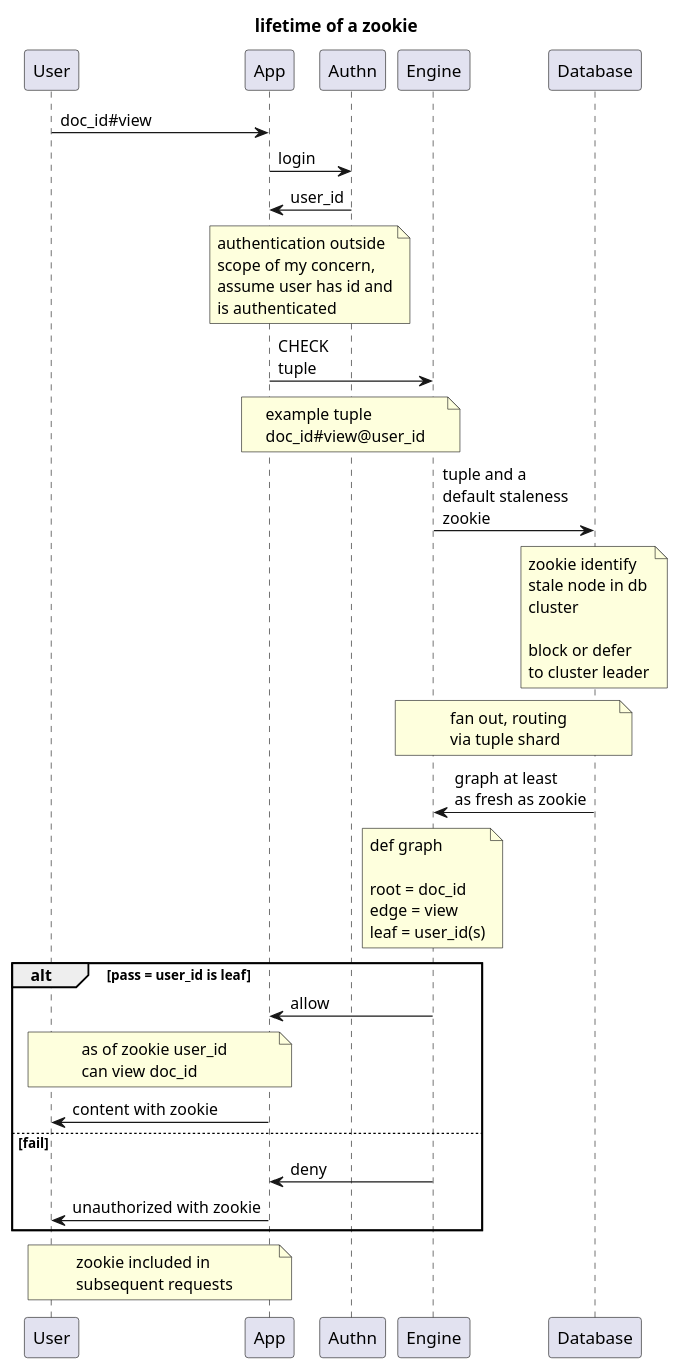
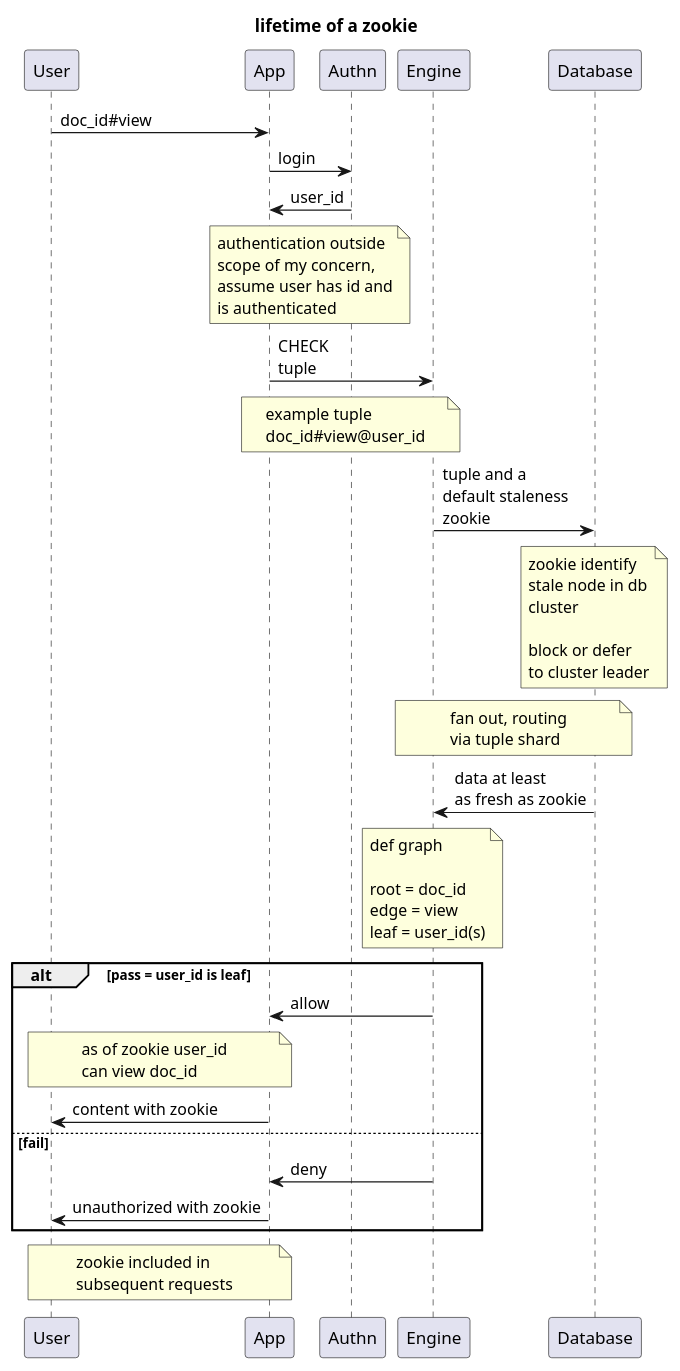
Before and after one commit to Isaac799/tupleauth: the diagram in doc/uml/zookie_lifetime.plantuml, drawn with PlantUML. The commit also changed 5 other files, not shown here.

First line of the commit message:
add(doc): architecture

```diff
--- a/doc/uml/zookie_lifetime.plantuml
+++ b/doc/uml/zookie_lifetime.plantuml
@@ -1,72 +1,72 @@
 @startuml
 
 title
 lifetime of a zookie
 end title
 
 User -> App : doc_id#view
 
 App -> Authn : login
 Authn -> App : user_id
 
 note over App, Authn
 authentication outside
 scope of my concern,
 assume user has id and
 is authenticated
 end note
 
 App -> Engine : CHECK\ntuple
 
 note over App, Engine
 example tuple
 doc_id#view@user_id
 end note
 
 Engine -> Database : tuple and a \ndefault staleness \nzookie
 
 note over Database
 zookie identify
 stale node in db
 cluster
 
 block or defer
 to cluster leader
 end note
 
 note over Engine, Database
 fan out, routing
 via tuple shard
 end note
 
-Database -> Engine : graph at least \nas fresh as zookie
+Database -> Engine : data at least \nas fresh as zookie
 
 note over Engine
 def graph
 
 root = doc_id
 edge = view
 leaf = user_id(s)
 end note
 
 alt pass = user_id is leaf
   Engine -> App : allow
 
   note over User, App
   as of zookie user_id
   can view doc_id
   end note
 
   App -> User : content with zookie
 
 else fail
   Engine -> App : deny
   App -> User : unauthorized with zookie
 end alt
 
 note over User, App
 zookie included in
 subsequent requests
 end note
 
 @enduml
```
